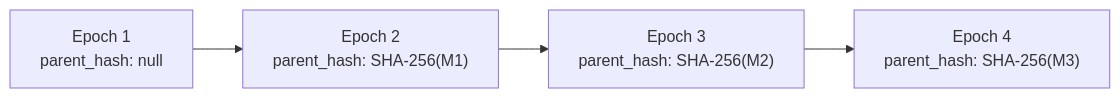
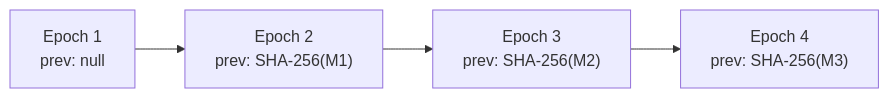
The third of 3 diagrams in doc/src/architecture/ahu-format.md (czinda/hoike-dev), drawn with Mermaid before and after one commit. The commit also changed other lines of this file and 32 other files, not shown here.

````diff
--- a/doc/src/architecture/ahu-format.md
+++ b/doc/src/architecture/ahu-format.md
@@ -154,6 +272,6 @@
 ```mermaid
 graph LR
-    E1["Epoch 1<br/>parent_hash: null"] --> E2["Epoch 2<br/>parent_hash: SHA-256(M1)"]
-    E2 --> E3["Epoch 3<br/>parent_hash: SHA-256(M2)"]
-    E3 --> E4["Epoch 4<br/>parent_hash: SHA-256(M3)"]
+    E1["Epoch 1<br/>prev: null"] --> E2["Epoch 2<br/>prev: SHA-256(M1)"]
+    E2 --> E3["Epoch 3<br/>prev: SHA-256(M2)"]
+    E3 --> E4["Epoch 4<br/>prev: SHA-256(M3)"]
 ```
````
